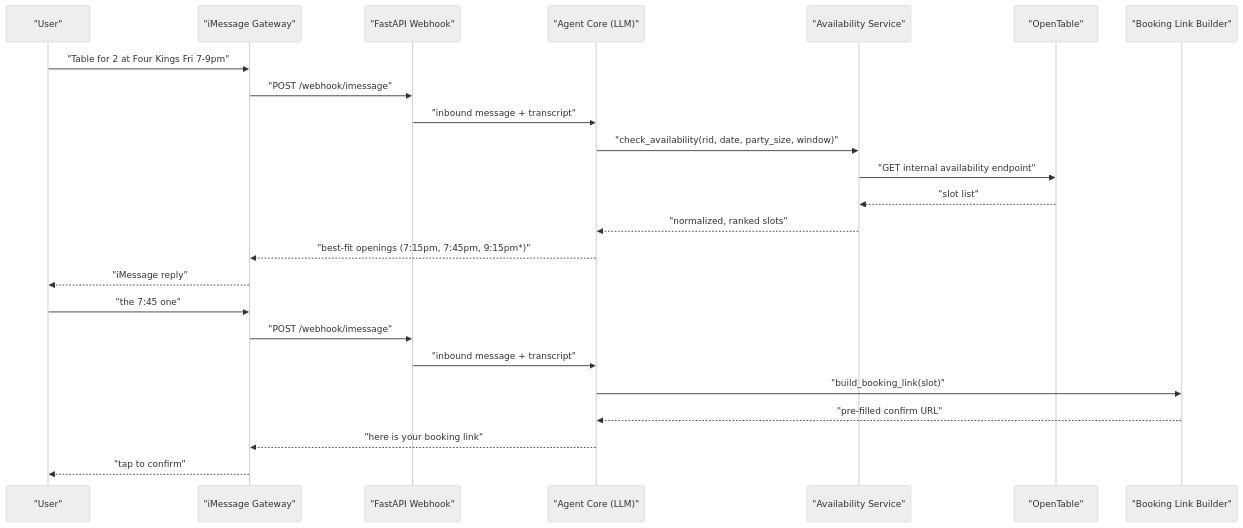
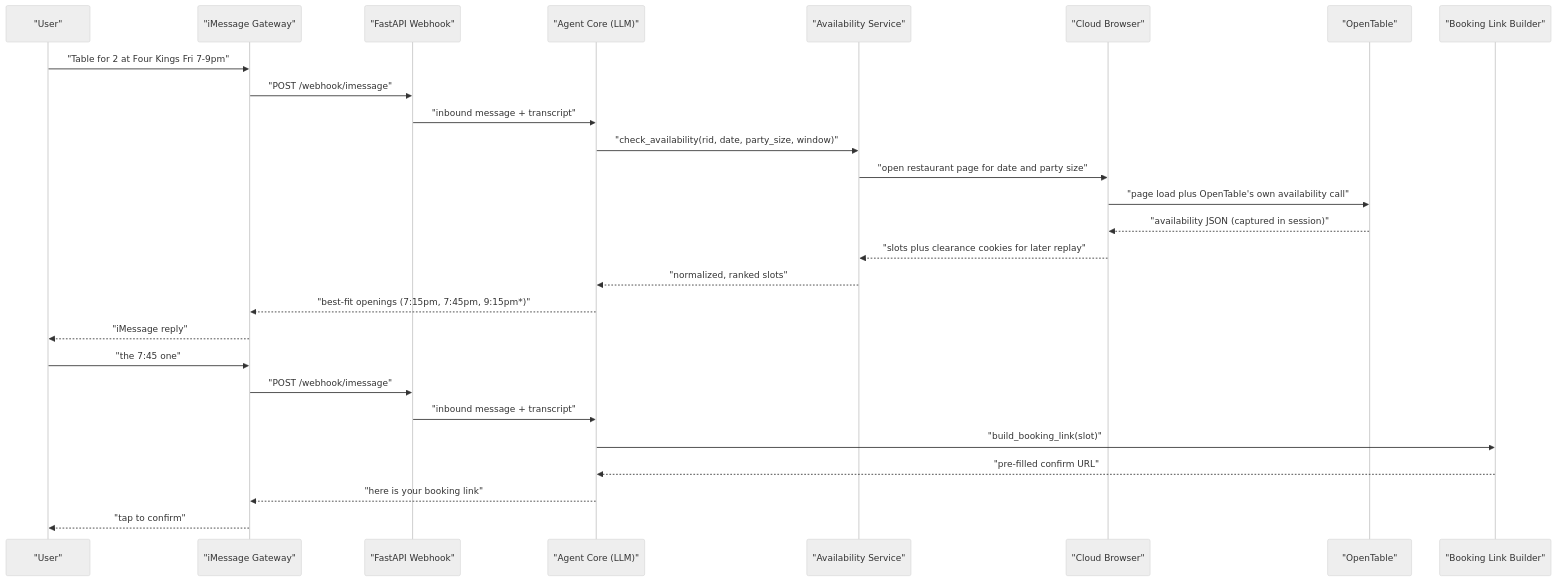
The second of 2 diagrams in DESIGN.md (hanlinsunn/restaurant-agent), drawn with Mermaid (neutral theme) before and after one commit. The commit also changed other lines of this file and 1 other file, not shown here.

Commit message:
Plan availability via cloud browser after confirming OpenTable blocks our IP

````diff
--- a/DESIGN.md
+++ b/DESIGN.md
@@ -81,27 +86,30 @@
 ```mermaid
 sequenceDiagram
     participant U as "User"
     participant GW as "iMessage Gateway"
     participant API as "FastAPI Webhook"
     participant AG as "Agent Core (LLM)"
     participant AV as "Availability Service"
+    participant CB as "Cloud Browser"
     participant OT as "OpenTable"
     participant BL as "Booking Link Builder"
 
     U->>GW: "Table for 2 at Four Kings Fri 7-9pm"
     GW->>API: "POST /webhook/imessage"
     API->>AG: "inbound message + transcript"
     AG->>AV: "check_availability(rid, date, party_size, window)"
-    AV->>OT: "GET internal availability endpoint"
-    OT-->>AV: "slot list"
+    AV->>CB: "open restaurant page for date and party size"
+    CB->>OT: "page load plus OpenTable's own availability call"
+    OT-->>CB: "availability JSON (captured in session)"
+    CB-->>AV: "slots plus clearance cookies for later replay"
     AV-->>AG: "normalized, ranked slots"
     AG-->>GW: "best-fit openings (7:15pm, 7:45pm, 9:15pm*)"
     GW-->>U: "iMessage reply"
     U->>GW: "the 7:45 one"
     GW->>API: "POST /webhook/imessage"
     API->>AG: "inbound message + transcript"
     AG->>BL: "build_booking_link(slot)"
     BL-->>AG: "pre-filled confirm URL"
     AG-->>GW: "here is your booking link"
     GW-->>U: "tap to confirm"
 ```
````
